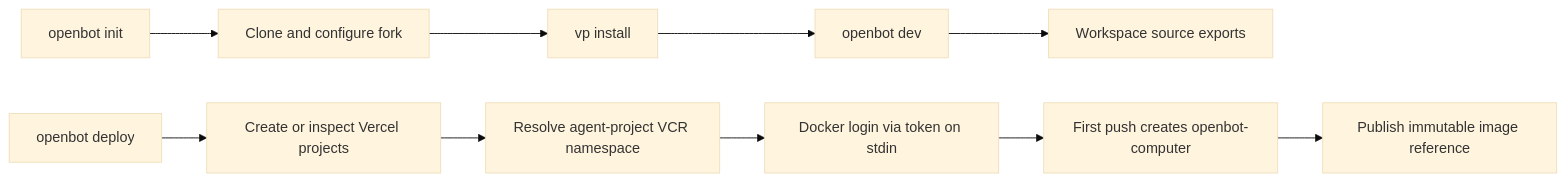
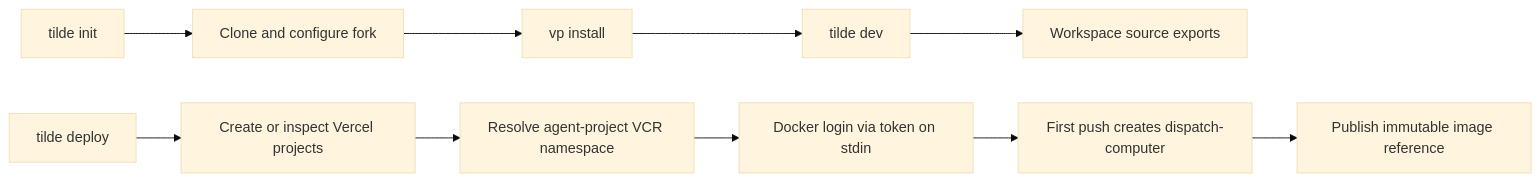
One commit to trytilde/dispatch changed the diagram in docs/updates/39.md. Above: the diagram before and after it, drawn with Mermaid (base theme). The commit also changed other lines of this file and 668 other files, not shown here.

````diff
--- a/docs/updates/39.md
+++ b/docs/updates/39.md
@@ -11,13 +11,13 @@
 ```mermaid
 flowchart LR
-  I["openbot init"] --> C["Clone and configure fork"]
+  I["tilde init"] --> C["Clone and configure fork"]
   C --> V["vp install"]
-  V --> D["openbot dev"]
+  V --> D["tilde dev"]
   D --> S["Workspace source exports"]
 
-  P["openbot deploy"] --> VP["Create or inspect Vercel projects"]
+  P["tilde deploy"] --> VP["Create or inspect Vercel projects"]
   VP --> R["Resolve agent-project VCR namespace"]
   R --> L["Docker login via token on stdin"]
-  L --> U["First push creates openbot-computer"]
+  L --> U["First push creates dispatch-computer"]
   U --> E["Publish immutable image reference"]
 ```
````
